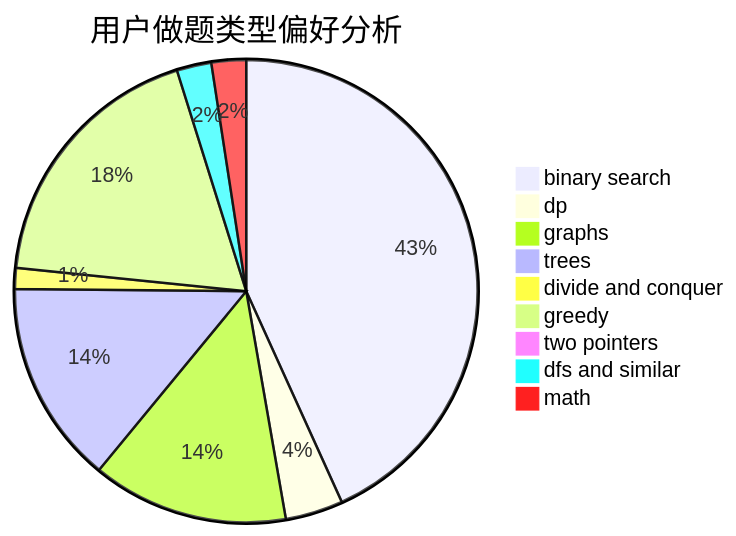
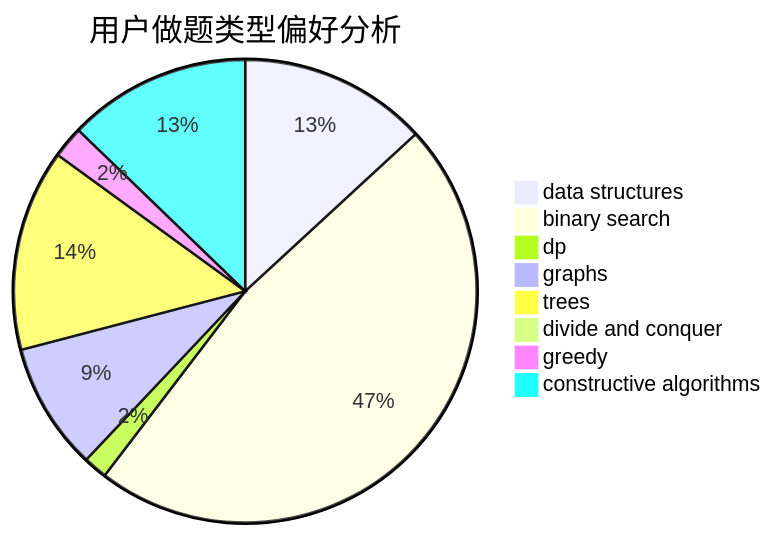
Before and after one commit to sherpahu/cfrs.github.io: the second of 3 diagrams in docs/user/u1285.md, drawn with Mermaid. The commit also changed other lines of this file and 2775 other files, not shown here.

````diff
--- a/docs/user/u1285.md
+++ b/docs/user/u1285.md
@@ -23,12 +23,11 @@
 ```mermaid
 pie title 用户做题类型偏好分析
-    "binary search" :  268
-    "dp" :  25
-    "graphs" :  85
-    "trees" :  88
-    "divide and conquer" :  9
-    "greedy" :  115
-    "two pointers" :  2
-    "dfs and similar" :  15
-    "math" :  15
+    "data structures" :  71
+    "binary search" :  255
+    "dp" :  9
+    "graphs" :  48
+    "trees" :  76
+    "divide and conquer" :  0
+    "greedy" :  12
+    "constructive algorithms" :  69
 ```
````
